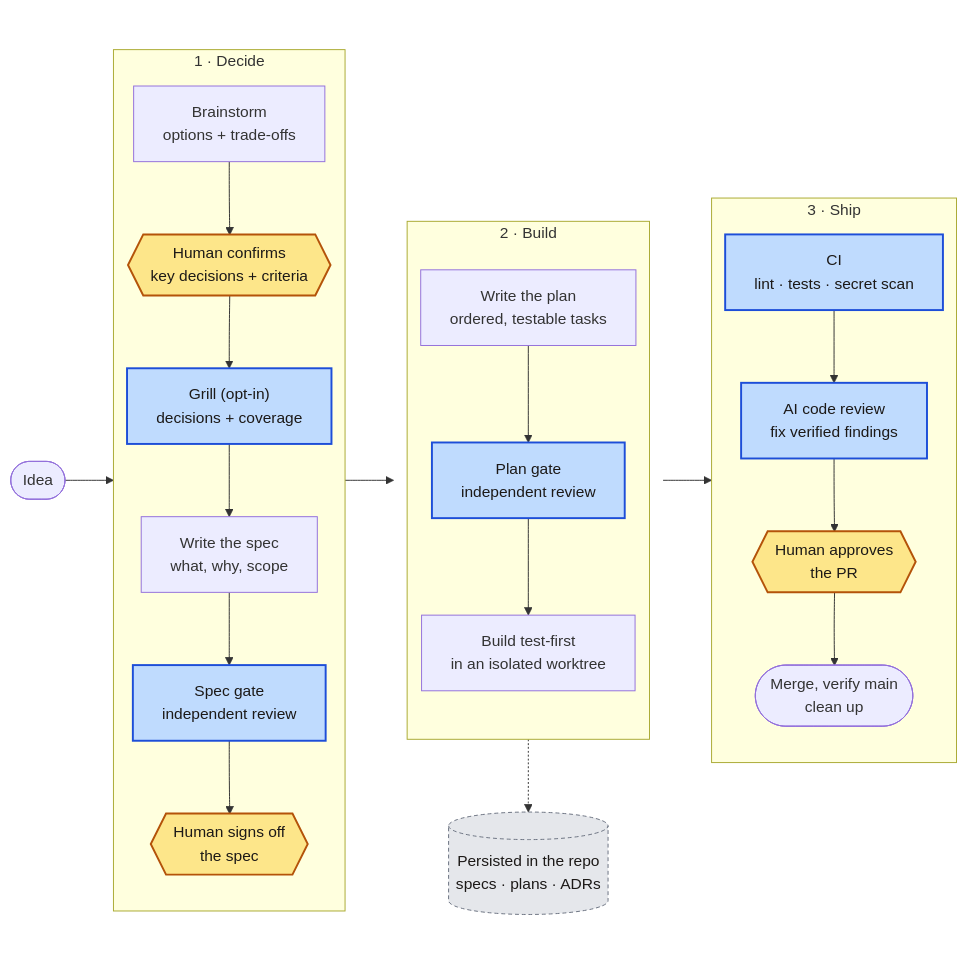
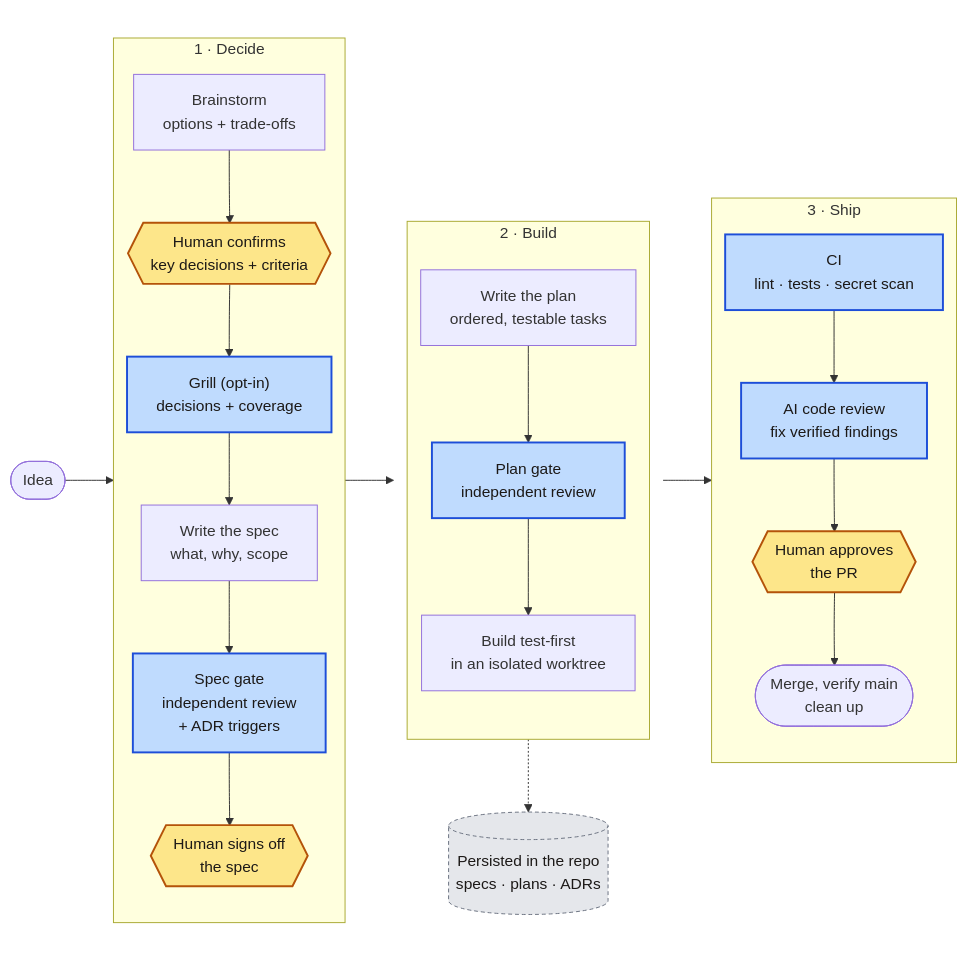
One commit to alymo8/claude-kit changed the diagram in README.md. Above: the diagram before and after it, drawn with Mermaid. The commit also changed 14 other files, not shown here.

First line of the commit message:
ADR triggers: when a decision must, should, or need not get an ADR (#39)

````diff
--- a/README.md
+++ b/README.md
@@ -14,47 +14,47 @@
 ```mermaid
 %%{init: {"flowchart": {"nodeSpacing": 8}}}%%
 flowchart LR
   classDef you fill:#fde68a,stroke:#b45309,stroke-width:2px,color:#1c1917
   classDef gate fill:#bfdbfe,stroke:#1d4ed8,stroke-width:2px,color:#1c1917
   classDef rec fill:#e5e7eb,stroke:#6b7280,stroke-dasharray:4 3,color:#1c1917
 
   idea([Idea])
 
   subgraph decide["1 · Decide"]
     direction TB
     brain["Brainstorm<br/>options + trade-offs"]
     dec{{"Human confirms<br/>key decisions + criteria"}}:::you
     spec["Write the spec<br/>what, why, scope"]
-    sgate["Spec gate<br/>independent review"]:::gate
+    sgate["Spec gate<br/>independent review<br/>+ ADR triggers"]:::gate
     sok{{"Human signs off<br/>the spec"}}:::you
     grill["Grill (opt-in)<br/>decisions + coverage"]:::gate
     brain --> dec --> grill --> spec --> sgate --> sok
   end
 
   subgraph ship["3 · Ship"]
     direction TB
     ci["CI<br/>lint · tests · secret scan"]:::gate
     rev["AI code review<br/>fix verified findings"]:::gate
     hum{{"Human approves<br/>the PR"}}:::you
     clean(["Merge, verify main<br/>clean up"])
     ci --> rev --> hum --> clean
   end
 
   %% col2 and twin are invisible: they keep box 2 centred with the docs below it
   subgraph col2[" "]
     direction TB
     twin[("Persisted in the repo<br/>specs · plans · ADRs")]
     subgraph build["2 · Build"]
       direction TB
       plan["Write the plan<br/>ordered, testable tasks"]
       pgate["Plan gate<br/>independent review"]:::gate
       tdd["Build test-first<br/>in an isolated worktree"]
       plan --> pgate --> tdd
     end
     docs[("Persisted in the repo<br/>specs · plans · ADRs")]:::rec
     twin ~~~ build -.-> docs
   end
   style col2 fill:none,stroke:none
   style twin fill:none,stroke:none,color:transparent
   idea --> decide --> col2 --> ship
 ```
````
